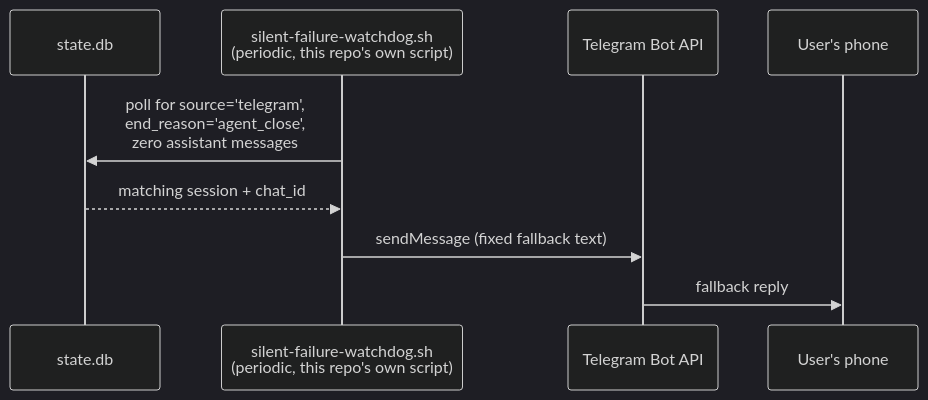
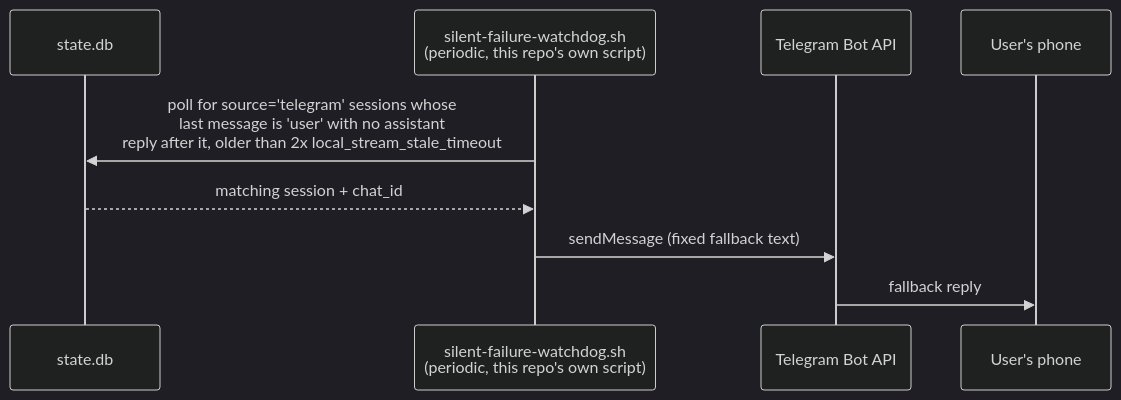
One commit to ka8t/Hermes changed the fifth of 6 diagrams in docs/ARCHITECTURE.md. Above: the diagram before and after it, drawn with Mermaid (dark theme). The commit also changed other lines of this file and 4 other files, not shown here.

````diff
--- a/docs/ARCHITECTURE.md
+++ b/docs/ARCHITECTURE.md
@@ -165,12 +175,12 @@
 ```mermaid
 sequenceDiagram
     participant DB as state.db
     participant WD as silent-failure-watchdog.sh<br/>(periodic, this repo's own script)
     participant TG as Telegram Bot API
     participant U as User's phone
 
-    WD->>DB: poll for source='telegram',<br/>end_reason='agent_close',<br/>zero assistant messages
+    WD->>DB: poll for source='telegram' sessions whose<br/>last message is 'user' with no assistant<br/>reply after it, older than 2x local_stream_stale_timeout
     DB-->>WD: matching session + chat_id
     WD->>TG: sendMessage (fixed fallback text)
     TG->>U: fallback reply
 ```
````
